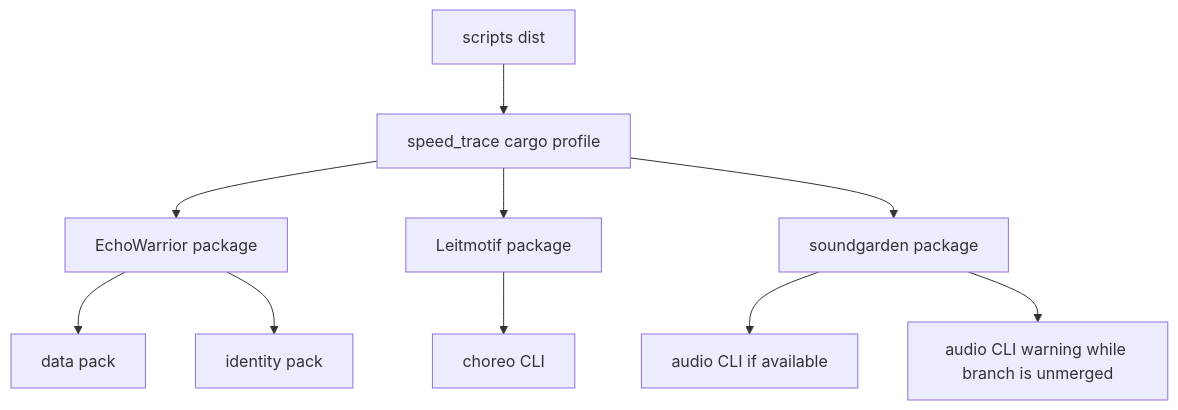
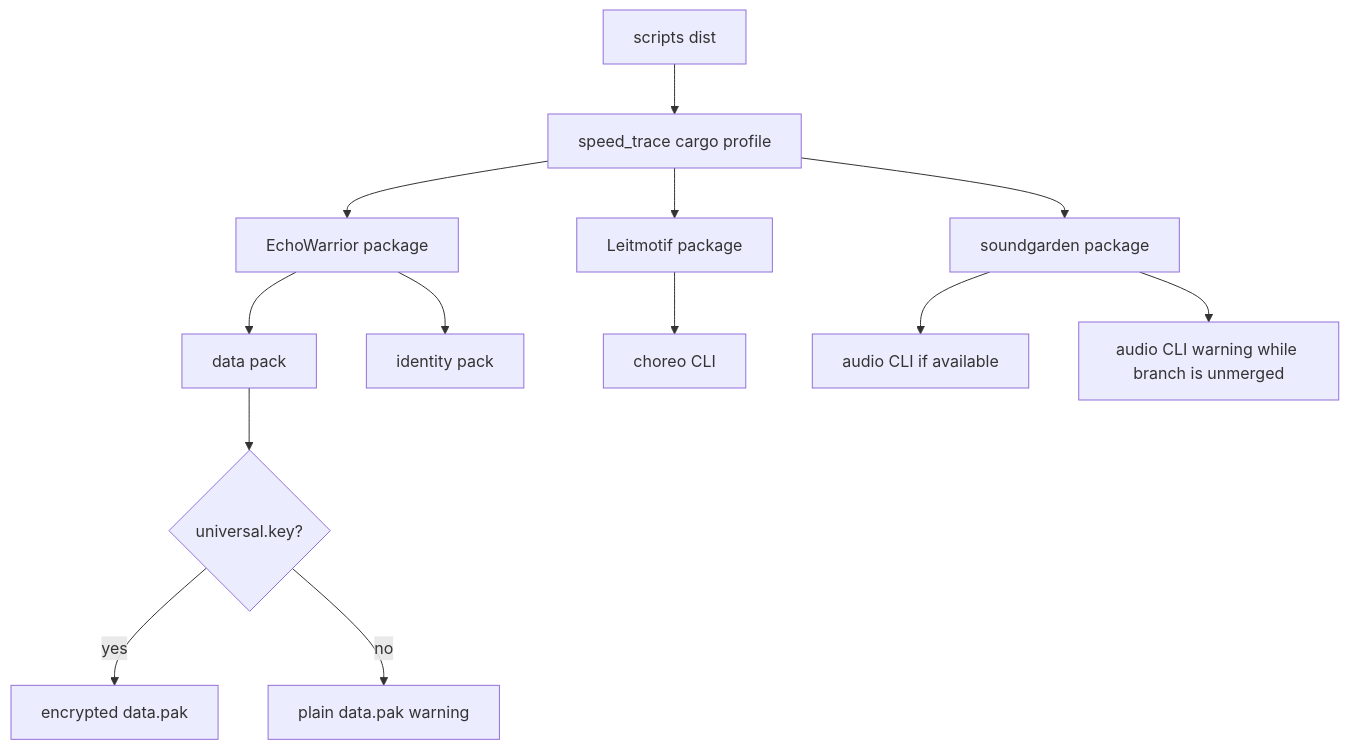
One commit to soulwax/EchoWiki changed the second of 3 diagrams in src/content/docs/pages/verification-guide.md. Above: the diagram before and after it, drawn with Mermaid. The commit also changed other lines of this file and 5 other files, not shown here.

Commit message:
docs: update data pack encryption key guidance

````diff
--- a/src/content/docs/pages/verification-guide.md
+++ b/src/content/docs/pages/verification-guide.md
@@ -103,23 +106,28 @@
 ```mermaid
 flowchart TB
     dist[scripts dist]
     profile[speed_trace cargo profile]
     game[EchoWarrior package]
     leitmotif[Leitmotif package]
     soundgarden[soundgarden package]
     data[data pack]
+    key{universal.key?}
+    encrypted[encrypted data.pak]
+    plain[plain data.pak warning]
     identity[identity pack]
     choreo[choreo CLI]
     audio[audio CLI if available]
     warning[audio CLI warning while branch is unmerged]
 
     dist --> profile
     profile --> game
     profile --> leitmotif
     profile --> soundgarden
-    game --> data
+    game --> data --> key
+    key -- yes --> encrypted
+    key -- no --> plain
     game --> identity
     leitmotif --> choreo
     soundgarden --> audio
     soundgarden --> warning
 ```
````
